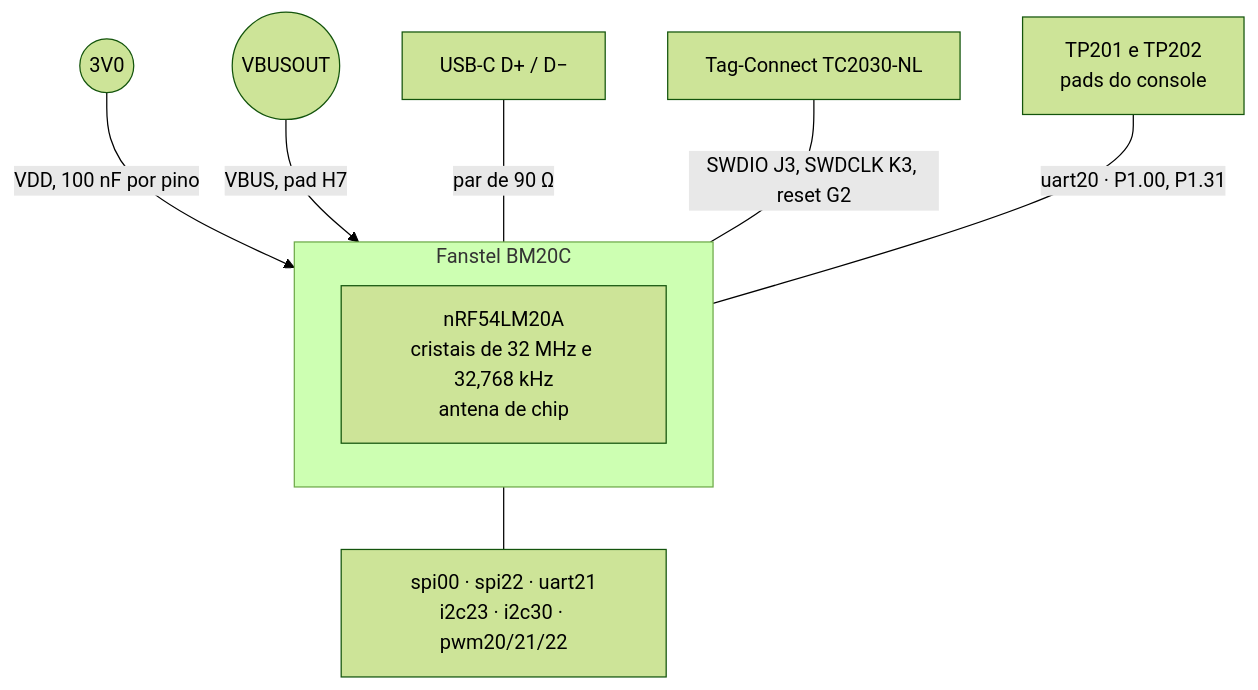
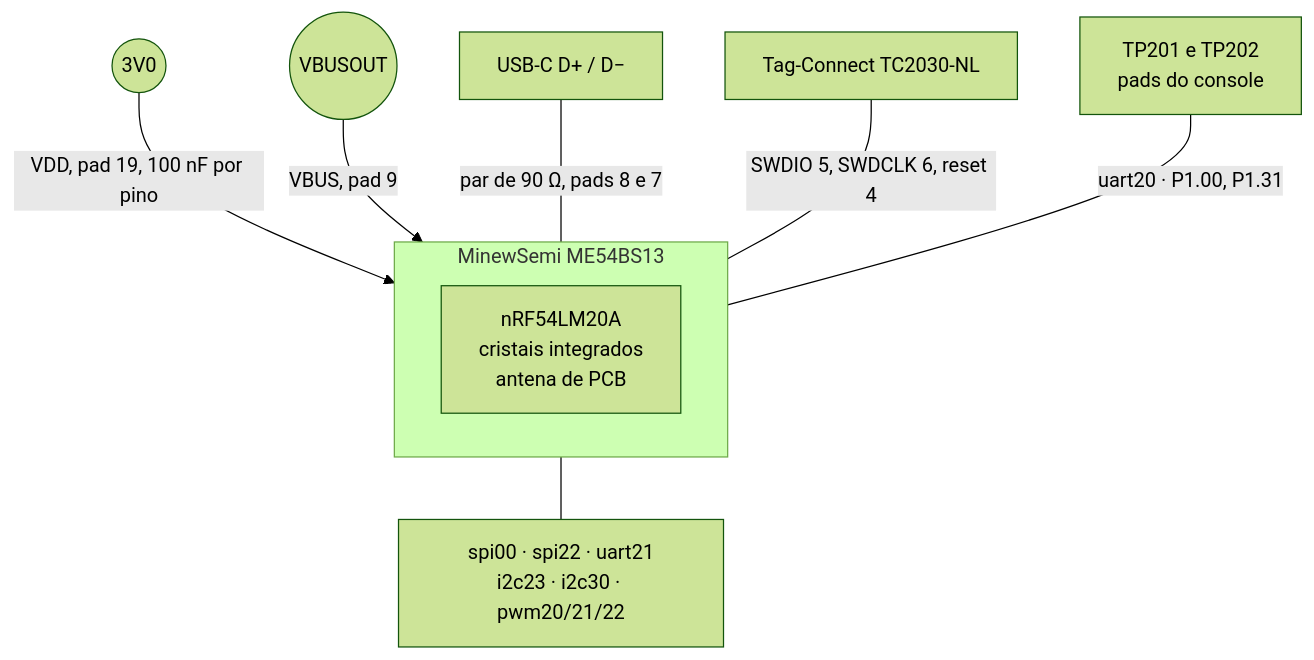
One commit to Guiimartinho/gnss-bike-computer changed the second of 6 diagrams in hardware_gnssbike/01-esquematico.md. Above: the diagram before and after it, drawn with Mermaid (forest theme). The commit also changed other lines of this file and 11 other files, not shown here.

````diff
--- a/hardware_gnssbike/01-esquematico.md
+++ b/hardware_gnssbike/01-esquematico.md
@@ -127,12 +127,12 @@
 ```mermaid
 flowchart TB
-    subgraph MOD["Fanstel BM20C"]
-        NRF["nRF54LM20A<br/>cristais de 32 MHz e 32,768 kHz<br/>antena de chip"]
+    subgraph MOD["MinewSemi ME54BS13"]
+        NRF["nRF54LM20A<br/>cristais integrados<br/>antena de PCB"]
     end
-    R3V0(("3V0")) -->|"VDD, 100 nF por pino"| MOD
-    VOUT(("VBUSOUT")) -->|"VBUS, pad H7"| MOD
-    USBD["USB-C D+ / D−"] ---|"par de 90 Ω"| MOD
-    TC["Tag-Connect TC2030-NL"] ---|"SWDIO J3, SWDCLK K3, reset G2"| MOD
+    R3V0(("3V0")) -->|"VDD, pad 19, 100 nF por pino"| MOD
+    VOUT(("VBUSOUT")) -->|"VBUS, pad 9"| MOD
+    USBD["USB-C D+ / D−"] ---|"par de 90 Ω, pads 8 e 7"| MOD
+    TC["Tag-Connect TC2030-NL"] ---|"SWDIO 5, SWDCLK 6, reset 4"| MOD
     TP["TP201 e TP202<br/>pads do console"] ---|"uart20 · P1.00, P1.31"| MOD
     MOD --- BUSES["spi00 · spi22 · uart21<br/>i2c23 · i2c30 · pwm20/21/22"]
 ```
````
